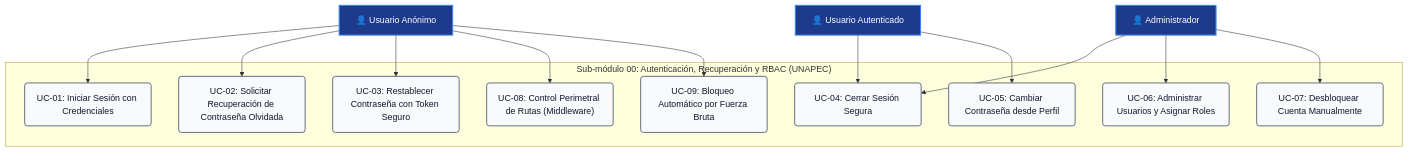
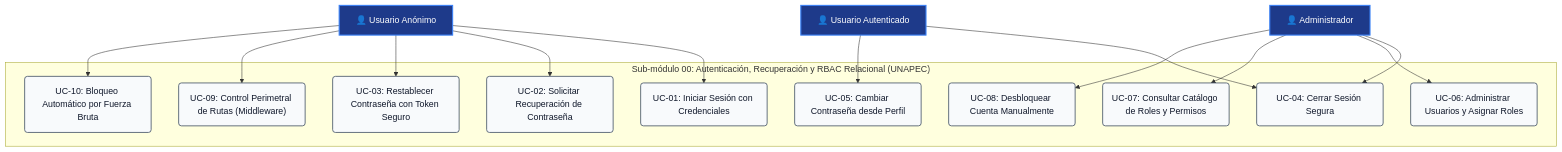
One commit to JeremyJS20/activa_core changed the first of 2 diagrams in specs/activos-fijos/00-autenticacion-rbac/requirements.md. Above: the diagram before and after it, drawn with Mermaid. The commit also changed other lines of this file, not shown here.

Commit message:
docs(auth): formalize relational rbac with roles, permissions and password recovery

````diff
--- a/specs/activos-fijos/00-autenticacion-rbac/requirements.md
+++ b/specs/activos-fijos/00-autenticacion-rbac/requirements.md
@@ -217,34 +233,36 @@
 ```mermaid
 graph TD
     classDef actorStyle fill:#1e3a8a,stroke:#3b82f6,stroke-width:2px,color:#ffffff;
     classDef useCaseStyle fill:#f8fafc,stroke:#475569,stroke-width:1.5px,color:#0f172a;
 
     Anon["👤 Usuario Anónimo"]:::actorStyle
     UserAuth["👤 Usuario Autenticado"]:::actorStyle
     Admin["👤 Administrador"]:::actorStyle
 
-    subgraph ModuloSeguridad["Sub-módulo 00: Autenticación, Recuperación y RBAC (UNAPEC)"]
+    subgraph ModuloSeguridad["Sub-módulo 00: Autenticación, Recuperación y RBAC Relacional (UNAPEC)"]
         UC1("UC-01: Iniciar Sesión con Credenciales"):::useCaseStyle
-        UC2("UC-02: Solicitar Recuperación de Contraseña Olvidada"):::useCaseStyle
+        UC2("UC-02: Solicitar Recuperación de Contraseña"):::useCaseStyle
         UC3("UC-03: Restablecer Contraseña con Token Seguro"):::useCaseStyle
         UC4("UC-04: Cerrar Sesión Segura"):::useCaseStyle
         UC5("UC-05: Cambiar Contraseña desde Perfil"):::useCaseStyle
         UC6("UC-06: Administrar Usuarios y Asignar Roles"):::useCaseStyle
-        UC7("UC-07: Desbloquear Cuenta Manualmente"):::useCaseStyle
-        UC8("UC-08: Control Perimetral de Rutas (Middleware)"):::useCaseStyle
-        UC9("UC-09: Bloqueo Automático por Fuerza Bruta"):::useCaseStyle
+        UC7("UC-07: Consultar Catálogo de Roles y Permisos"):::useCaseStyle
+        UC8("UC-08: Desbloquear Cuenta Manualmente"):::useCaseStyle
+        UC9("UC-09: Control Perimetral de Rutas (Middleware)"):::useCaseStyle
+        UC10("UC-10: Bloqueo Automático por Fuerza Bruta"):::useCaseStyle
     end
 
     Anon --> UC1
     Anon --> UC2
     Anon --> UC3
-    Anon --> UC8
     Anon --> UC9
+    Anon --> UC10
 
     UserAuth --> UC4
     UserAuth --> UC5
 
     Admin --> UC4
     Admin --> UC6
     Admin --> UC7
+    Admin --> UC8
 ```
````
